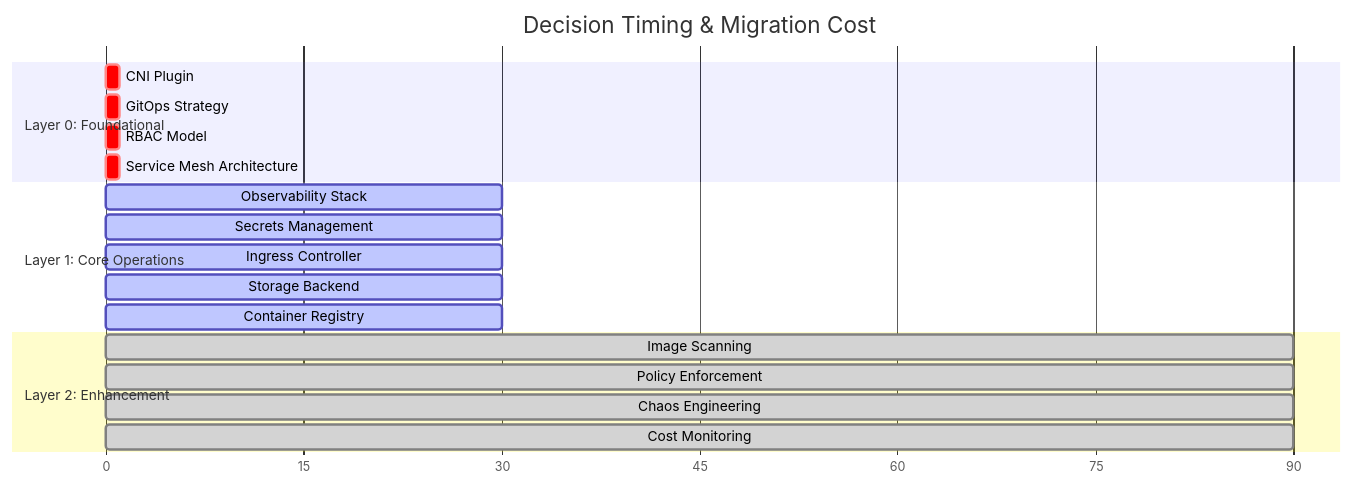
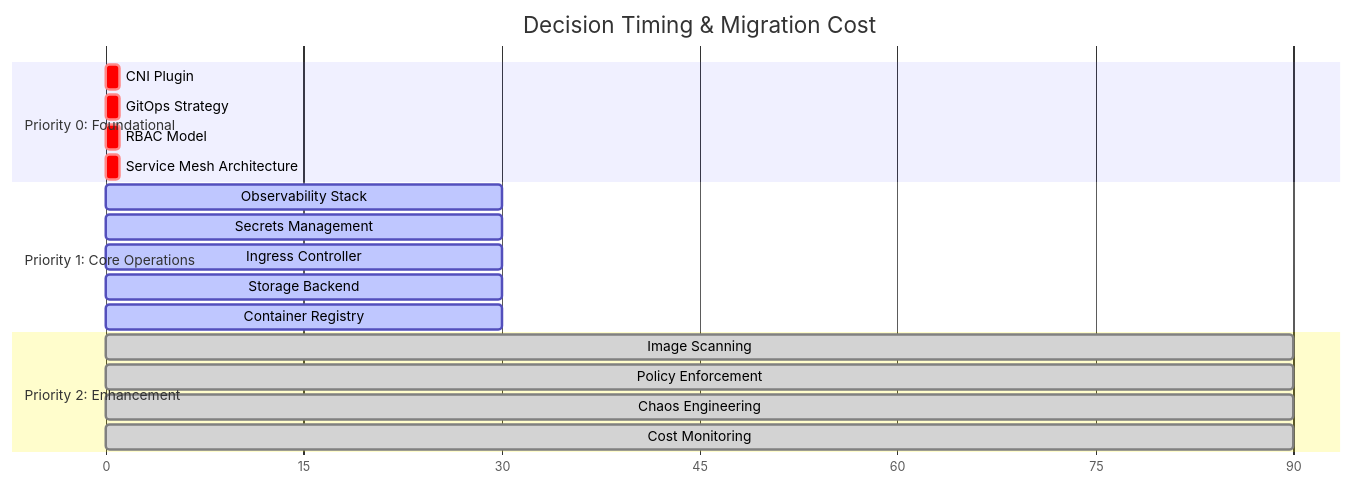
The third of 10 diagrams in docs/DIAGRAMS.md (vanhoutenbos/KubeCompass), drawn with Mermaid before and after one commit. The commit also changed other lines of this file and 64 other files, not shown here.

````diff
--- a/docs/DIAGRAMS.md
+++ b/docs/DIAGRAMS.md
@@ -191,25 +191,25 @@
 ```mermaid
 gantt
     title Decision Timing & Migration Cost
     dateFormat X
     axisFormat %s
     
-    section Layer 0: Foundational
+    section Priority 0: Foundational
     CNI Plugin                    :crit, 0, 1
     GitOps Strategy              :crit, 0, 1
     RBAC Model                   :crit, 0, 1
     Service Mesh Architecture    :crit, 0, 1
     
-    section Layer 1: Core Operations
+    section Priority 1: Core Operations
     Observability Stack          :active, 1, 30
     Secrets Management           :active, 1, 30
     Ingress Controller          :active, 1, 30
     Storage Backend             :active, 1, 30
     Container Registry          :active, 1, 30
     
-    section Layer 2: Enhancement
+    section Priority 2: Enhancement
     Image Scanning              :done, 30, 90
     Policy Enforcement          :done, 30, 90
     Chaos Engineering           :done, 30, 90
     Cost Monitoring            :done, 30, 90
 ```
````
